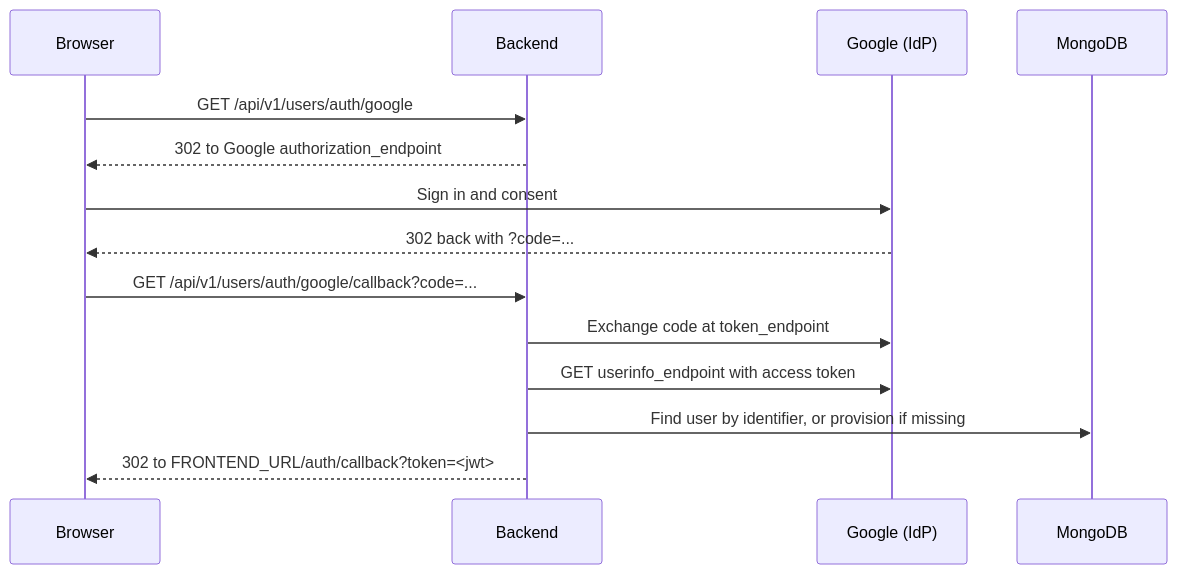
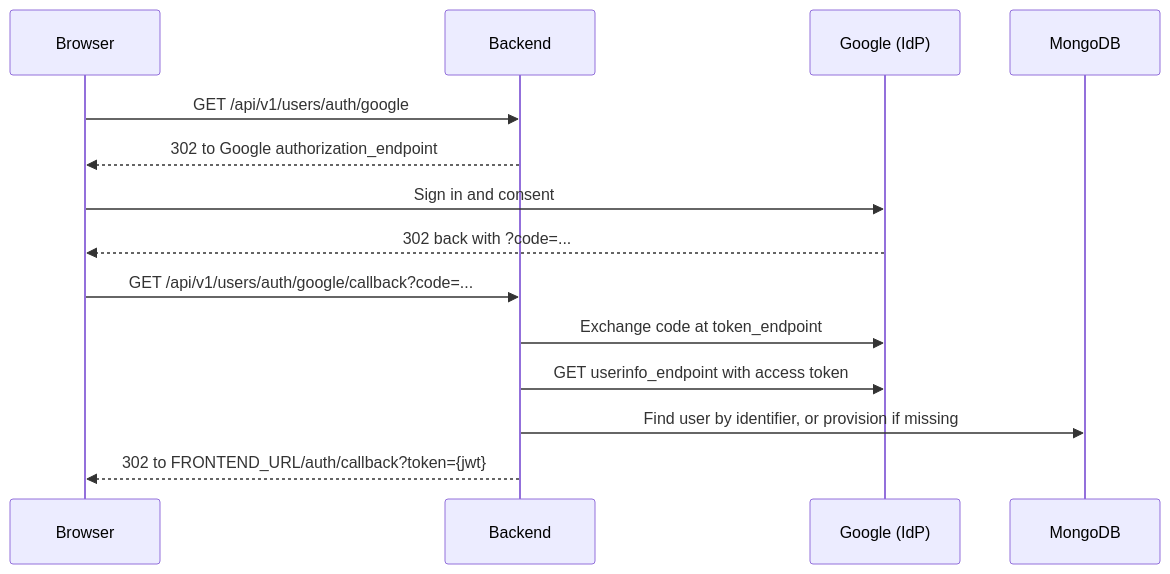
Before and after one commit to sebastiaoteixeira/stackform: the diagram in docs/v0.2/Tutorial/10-external-auth.md, drawn with Mermaid. The commit also changed 1 other file, not shown here.

Commit message:
Fix mermaid diagrams failing to render due to <jwt> placeholder
Angle brackets in sequence-diagram message text are parsed as HTML by
mermaid, breaking the whole diagram. Replace token=<jwt> with token={jwt}
on the two affected diagram lines.

````diff
--- a/docs/v0.2/Tutorial/10-external-auth.md
+++ b/docs/v0.2/Tutorial/10-external-auth.md
@@ -169,16 +169,16 @@
 ```mermaid
 sequenceDiagram
     participant Browser
     participant Backend
     participant Google as Google (IdP)
     participant Mongo as MongoDB
     Browser->>Backend: GET /api/v1/users/auth/google
     Backend-->>Browser: 302 to Google authorization_endpoint
     Browser->>Google: Sign in and consent
     Google-->>Browser: 302 back with ?code=...
     Browser->>Backend: GET /api/v1/users/auth/google/callback?code=...
     Backend->>Google: Exchange code at token_endpoint
     Backend->>Google: GET userinfo_endpoint with access token
     Backend->>Mongo: Find user by identifier, or provision if missing
-    Backend-->>Browser: 302 to FRONTEND_URL/auth/callback?token=<jwt>
+    Backend-->>Browser: 302 to FRONTEND_URL/auth/callback?token={jwt}
 ```
````
